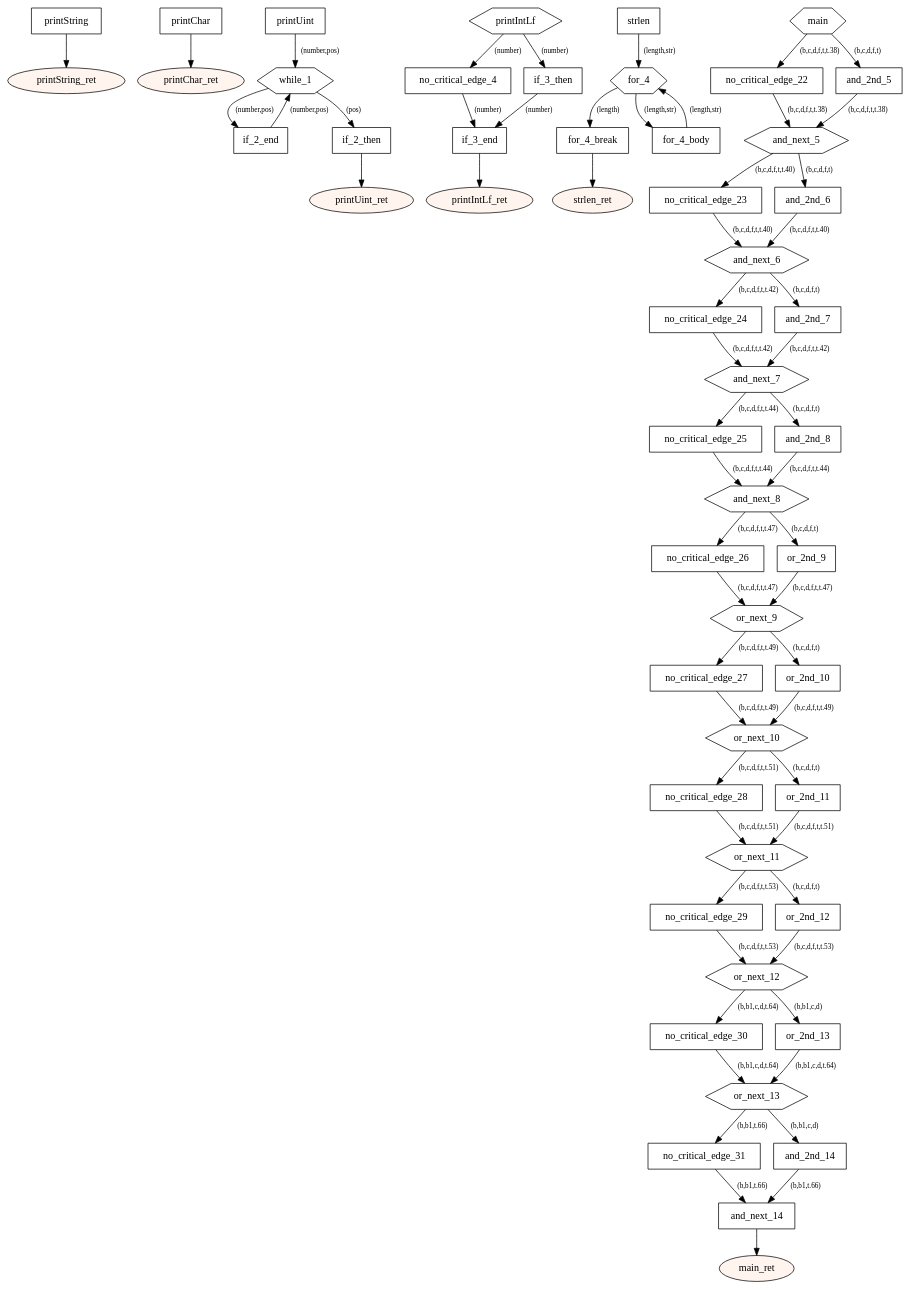
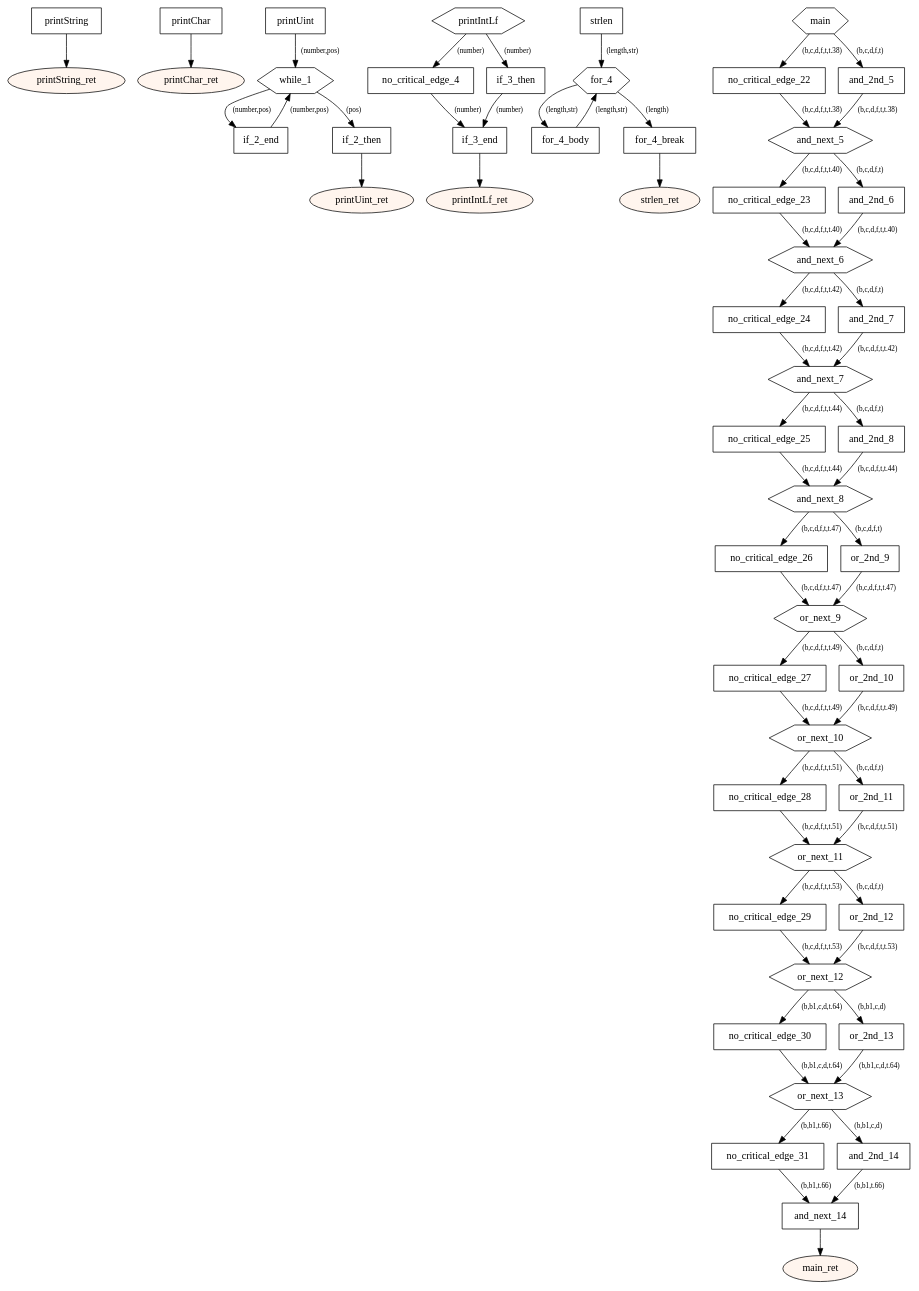
One commit to tmssngr/tinyC changed the diagram in src/main/resources-test/operators.dot. Above: the diagram before and after it, drawn with Graphviz. The commit also changed other lines of this file and 51 other files, not shown here.

```diff
--- a/src/main/resources-test/operators.dot
+++ b/src/main/resources-test/operators.dot
@@ -1,124 +1,124 @@
 digraph program {
 	edge[fontsize="10pt"];
 	subgraph fn_printString {
 		BasicBlock_0_printString [label="printString",shape=box];
 		BasicBlock_0_printString -> BasicBlock_0_printString_ret;
 		BasicBlock_0_printString_ret [label="printString_ret",shape=oval,style=filled,fillcolor="#fff5ee"];
 	}
 	subgraph fn_printChar {
 		BasicBlock_1_printChar [label="printChar",shape=box];
 		BasicBlock_1_printChar -> BasicBlock_1_printChar_ret;
 		BasicBlock_1_printChar_ret [label="printChar_ret",shape=oval,style=filled,fillcolor="#fff5ee"];
 	}
 	subgraph fn_printUint {
 		BasicBlock_2_printUint [label="printUint",shape=box];
 		BasicBlock_2_printUint -> BasicBlock_2_while_1 [label="(number,pos)"];
+		BasicBlock_2_if_2_end [label="if_2_end",shape=box];
+		BasicBlock_2_if_2_end -> BasicBlock_2_while_1 [label="(number,pos)"];
 		BasicBlock_2_while_1 [label="while_1",shape=hexagon];
 		BasicBlock_2_while_1 -> BasicBlock_2_if_2_end [label="(number,pos)"];
 		BasicBlock_2_while_1 -> BasicBlock_2_if_2_then [label="(pos)"];
 		BasicBlock_2_if_2_then [label="if_2_then",shape=box];
 		BasicBlock_2_if_2_then -> BasicBlock_2_printUint_ret;
-		BasicBlock_2_if_2_end [label="if_2_end",shape=box];
-		BasicBlock_2_if_2_end -> BasicBlock_2_while_1 [label="(number,pos)"];
 		BasicBlock_2_printUint_ret [label="printUint_ret",shape=oval,style=filled,fillcolor="#fff5ee"];
 	}
 	subgraph fn_printIntLf {
 		BasicBlock_3_printIntLf [label="printIntLf",shape=hexagon];
 		BasicBlock_3_printIntLf -> BasicBlock_3_no_critical_edge_4 [label="(number)"];
 		BasicBlock_3_printIntLf -> BasicBlock_3_if_3_then [label="(number)"];
+		BasicBlock_3_no_critical_edge_4 [label="no_critical_edge_4",shape=box];
+		BasicBlock_3_no_critical_edge_4 -> BasicBlock_3_if_3_end [label="(number)"];
 		BasicBlock_3_if_3_then [label="if_3_then",shape=box];
 		BasicBlock_3_if_3_then -> BasicBlock_3_if_3_end [label="(number)"];
-		BasicBlock_3_no_critical_edge_4 [label="no_critical_edge_4",shape=box];
-		BasicBlock_3_no_critical_edge_4 -> BasicBlock_3_if_3_end [label="(number)"];
 		BasicBlock_3_if_3_end [label="if_3_end",shape=box];
 		BasicBlock_3_if_3_end -> BasicBlock_3_printIntLf_ret;
 		BasicBlock_3_printIntLf_ret [label="printIntLf_ret",shape=oval,style=filled,fillcolor="#fff5ee"];
 	}
 	subgraph fn_strlen {
 		BasicBlock_4_strlen [label="strlen",shape=box];
 		BasicBlock_4_strlen -> BasicBlock_4_for_4 [label="(length,str)"];
+		BasicBlock_4_for_4_body [label="for_4_body",shape=box];
+		BasicBlock_4_for_4_body -> BasicBlock_4_for_4 [label="(length,str)"];
 		BasicBlock_4_for_4 [label="for_4",shape=hexagon];
 		BasicBlock_4_for_4 -> BasicBlock_4_for_4_break [label="(length)"];
 		BasicBlock_4_for_4 -> BasicBlock_4_for_4_body [label="(length,str)"];
-		BasicBlock_4_for_4_body [label="for_4_body",shape=box];
-		BasicBlock_4_for_4_body -> BasicBlock_4_for_4 [label="(length,str)"];
 		BasicBlock_4_for_4_break [label="for_4_break",shape=box];
 		BasicBlock_4_for_4_break -> BasicBlock_4_strlen_ret;
 		BasicBlock_4_strlen_ret [label="strlen_ret",shape=oval,style=filled,fillcolor="#fff5ee"];
 	}
 	subgraph fn_main {
 		BasicBlock_5_main [label="main",shape=hexagon];
 		BasicBlock_5_main -> BasicBlock_5_no_critical_edge_22 [label="(b,c,d,f,t,t.38)"];
 		BasicBlock_5_main -> BasicBlock_5_and_2nd_5 [label="(b,c,d,f,t)"];
+		BasicBlock_5_no_critical_edge_22 [label="no_critical_edge_22",shape=box];
+		BasicBlock_5_no_critical_edge_22 -> BasicBlock_5_and_next_5 [label="(b,c,d,f,t,t.38)"];
 		BasicBlock_5_and_2nd_5 [label="and_2nd_5",shape=box];
 		BasicBlock_5_and_2nd_5 -> BasicBlock_5_and_next_5 [label="(b,c,d,f,t,t.38)"];
-		BasicBlock_5_no_critical_edge_22 [label="no_critical_edge_22",shape=box];
-		BasicBlock_5_no_critical_edge_22 -> BasicBlock_5_and_next_5 [label="(b,c,d,f,t,t.38)"];
 		BasicBlock_5_and_next_5 [label="and_next_5",shape=hexagon];
 		BasicBlock_5_and_next_5 -> BasicBlock_5_no_critical_edge_23 [label="(b,c,d,f,t,t.40)"];
 		BasicBlock_5_and_next_5 -> BasicBlock_5_and_2nd_6 [label="(b,c,d,f,t)"];
+		BasicBlock_5_no_critical_edge_23 [label="no_critical_edge_23",shape=box];
+		BasicBlock_5_no_critical_edge_23 -> BasicBlock_5_and_next_6 [label="(b,c,d,f,t,t.40)"];
 		BasicBlock_5_and_2nd_6 [label="and_2nd_6",shape=box];
 		BasicBlock_5_and_2nd_6 -> BasicBlock_5_and_next_6 [label="(b,c,d,f,t,t.40)"];
-		BasicBlock_5_no_critical_edge_23 [label="no_critical_edge_23",shape=box];
-		BasicBlock_5_no_critical_edge_23 -> BasicBlock_5_and_next_6 [label="(b,c,d,f,t,t.40)"];
 		BasicBlock_5_and_next_6 [label="and_next_6",shape=hexagon];
 		BasicBlock_5_and_next_6 -> BasicBlock_5_no_critical_edge_24 [label="(b,c,d,f,t,t.42)"];
 		BasicBlock_5_and_next_6 -> BasicBlock_5_and_2nd_7 [label="(b,c,d,f,t)"];
+		BasicBlock_5_no_critical_edge_24 [label="no_critical_edge_24",shape=box];
+		BasicBlock_5_no_critical_edge_24 -> BasicBlock_5_and_next_7 [label="(b,c,d,f,t,t.42)"];
 		BasicBlock_5_and_2nd_7 [label="and_2nd_7",shape=box];
 		BasicBlock_5_and_2nd_7 -> BasicBlock_5_and_next_7 [label="(b,c,d,f,t,t.42)"];
-		BasicBlock_5_no_critical_edge_24 [label="no_critical_edge_24",shape=box];
-		BasicBlock_5_no_critical_edge_24 -> BasicBlock_5_and_next_7 [label="(b,c,d,f,t,t.42)"];
 		BasicBlock_5_and_next_7 [label="and_next_7",shape=hexagon];
 		BasicBlock_5_and_next_7 -> BasicBlock_5_no_critical_edge_25 [label="(b,c,d,f,t,t.44)"];
 		BasicBlock_5_and_next_7 -> BasicBlock_5_and_2nd_8 [label="(b,c,d,f,t)"];
+		BasicBlock_5_no_critical_edge_25 [label="no_critical_edge_25",shape=box];
+		BasicBlock_5_no_critical_edge_25 -> BasicBlock_5_and_next_8 [label="(b,c,d,f,t,t.44)"];
 		BasicBlock_5_and_2nd_8 [label="and_2nd_8",shape=box];
 		BasicBlock_5_and_2nd_8 -> BasicBlock_5_and_next_8 [label="(b,c,d,f,t,t.44)"];
-		BasicBlock_5_no_critical_edge_25 [label="no_critical_edge_25",shape=box];
-		BasicBlock_5_no_critical_edge_25 -> BasicBlock_5_and_next_8 [label="(b,c,d,f,t,t.44)"];
 		BasicBlock_5_and_next_8 [label="and_next_8",shape=hexagon];
 		BasicBlock_5_and_next_8 -> BasicBlock_5_no_critical_edge_26 [label="(b,c,d,f,t,t.47)"];
 		BasicBlock_5_and_next_8 -> BasicBlock_5_or_2nd_9 [label="(b,c,d,f,t)"];
+		BasicBlock_5_no_critical_edge_26 [label="no_critical_edge_26",shape=box];
+		BasicBlock_5_no_critical_edge_26 -> BasicBlock_5_or_next_9 [label="(b,c,d,f,t,t.47)"];
 		BasicBlock_5_or_2nd_9 [label="or_2nd_9",shape=box];
 		BasicBlock_5_or_2nd_9 -> BasicBlock_5_or_next_9 [label="(b,c,d,f,t,t.47)"];
-		BasicBlock_5_no_critical_edge_26 [label="no_critical_edge_26",shape=box];
-		BasicBlock_5_no_critical_edge_26 -> BasicBlock_5_or_next_9 [label="(b,c,d,f,t,t.47)"];
 		BasicBlock_5_or_next_9 [label="or_next_9",shape=hexagon];
 		BasicBlock_5_or_next_9 -> BasicBlock_5_no_critical_edge_27 [label="(b,c,d,f,t,t.49)"];
 		BasicBlock_5_or_next_9 -> BasicBlock_5_or_2nd_10 [label="(b,c,d,f,t)"];
+		BasicBlock_5_no_critical_edge_27 [label="no_critical_edge_27",shape=box];
+		BasicBlock_5_no_critical_edge_27 -> BasicBlock_5_or_next_10 [label="(b,c,d,f,t,t.49)"];
 		BasicBlock_5_or_2nd_10 [label="or_2nd_10",shape=box];
 		BasicBlock_5_or_2nd_10 -> BasicBlock_5_or_next_10 [label="(b,c,d,f,t,t.49)"];
-		BasicBlock_5_no_critical_edge_27 [label="no_critical_edge_27",shape=box];
-		BasicBlock_5_no_critical_edge_27 -> BasicBlock_5_or_next_10 [label="(b,c,d,f,t,t.49)"];
 		BasicBlock_5_or_next_10 [label="or_next_10",shape=hexagon];
 		BasicBlock_5_or_next_10 -> BasicBlock_5_no_critical_edge_28 [label="(b,c,d,f,t,t.51)"];
 		BasicBlock_5_or_next_10 -> BasicBlock_5_or_2nd_11 [label="(b,c,d,f,t)"];
+		BasicBlock_5_no_critical_edge_28 [label="no_critical_edge_28",shape=box];
+		BasicBlock_5_no_critical_edge_28 -> BasicBlock_5_or_next_11 [label="(b,c,d,f,t,t.51)"];
 		BasicBlock_5_or_2nd_11 [label="or_2nd_11",shape=box];
 		BasicBlock_5_or_2nd_11 -> BasicBlock_5_or_next_11 [label="(b,c,d,f,t,t.51)"];
-		BasicBlock_5_no_critical_edge_28 [label="no_critical_edge_28",shape=box];
-		BasicBlock_5_no_critical_edge_28 -> BasicBlock_5_or_next_11 [label="(b,c,d,f,t,t.51)"];
 		BasicBlock_5_or_next_11 [label="or_next_11",shape=hexagon];
 		BasicBlock_5_or_next_11 -> BasicBlock_5_no_critical_edge_29 [label="(b,c,d,f,t,t.53)"];
 		BasicBlock_5_or_next_11 -> BasicBlock_5_or_2nd_12 [label="(b,c,d,f,t)"];
+		BasicBlock_5_no_critical_edge_29 [label="no_critical_edge_29",shape=box];
+		BasicBlock_5_no_critical_edge_29 -> BasicBlock_5_or_next_12 [label="(b,c,d,f,t,t.53)"];
 		BasicBlock_5_or_2nd_12 [label="or_2nd_12",shape=box];
 		BasicBlock_5_or_2nd_12 -> BasicBlock_5_or_next_12 [label="(b,c,d,f,t,t.53)"];
-		BasicBlock_5_no_critical_edge_29 [label="no_critical_edge_29",shape=box];
-		BasicBlock_5_no_critical_edge_29 -> BasicBlock_5_or_next_12 [label="(b,c,d,f,t,t.53)"];
 		BasicBlock_5_or_next_12 [label="or_next_12",shape=hexagon];
 		BasicBlock_5_or_next_12 -> BasicBlock_5_no_critical_edge_30 [label="(b,b1,c,d,t.64)"];
 		BasicBlock_5_or_next_12 -> BasicBlock_5_or_2nd_13 [label="(b,b1,c,d)"];
+		BasicBlock_5_no_critical_edge_30 [label="no_critical_edge_30",shape=box];
+		BasicBlock_5_no_critical_edge_30 -> BasicBlock_5_or_next_13 [label="(b,b1,c,d,t.64)"];
 		BasicBlock_5_or_2nd_13 [label="or_2nd_13",shape=box];
 		BasicBlock_5_or_2nd_13 -> BasicBlock_5_or_next_13 [label="(b,b1,c,d,t.64)"];
-		BasicBlock_5_no_critical_edge_30 [label="no_critical_edge_30",shape=box];
-		BasicBlock_5_no_critical_edge_30 -> BasicBlock_5_or_next_13 [label="(b,b1,c,d,t.64)"];
 		BasicBlock_5_or_next_13 [label="or_next_13",shape=hexagon];
 		BasicBlock_5_or_next_13 -> BasicBlock_5_no_critical_edge_31 [label="(b,b1,t.66)"];
 		BasicBlock_5_or_next_13 -> BasicBlock_5_and_2nd_14 [label="(b,b1,c,d)"];
+		BasicBlock_5_no_critical_edge_31 [label="no_critical_edge_31",shape=box];
+		BasicBlock_5_no_critical_edge_31 -> BasicBlock_5_and_next_14 [label="(b,b1,t.66)"];
 		BasicBlock_5_and_2nd_14 [label="and_2nd_14",shape=box];
 		BasicBlock_5_and_2nd_14 -> BasicBlock_5_and_next_14 [label="(b,b1,t.66)"];
-		BasicBlock_5_no_critical_edge_31 [label="no_critical_edge_31",shape=box];
-		BasicBlock_5_no_critical_edge_31 -> BasicBlock_5_and_next_14 [label="(b,b1,t.66)"];
 		BasicBlock_5_and_next_14 [label="and_next_14",shape=box];
 		BasicBlock_5_and_next_14 -> BasicBlock_5_main_ret;
 		BasicBlock_5_main_ret [label="main_ret",shape=oval,style=filled,fillcolor="#fff5ee"];
 	}
 }
```
